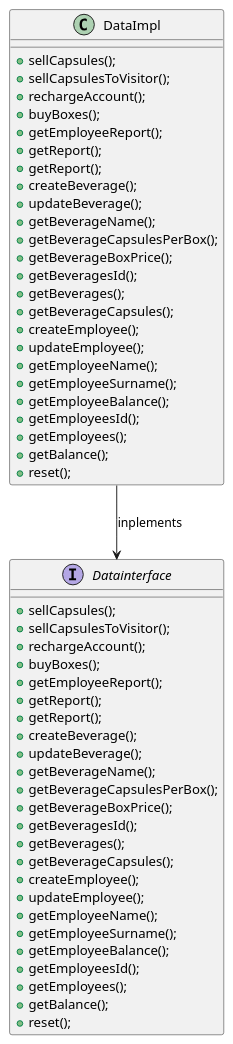
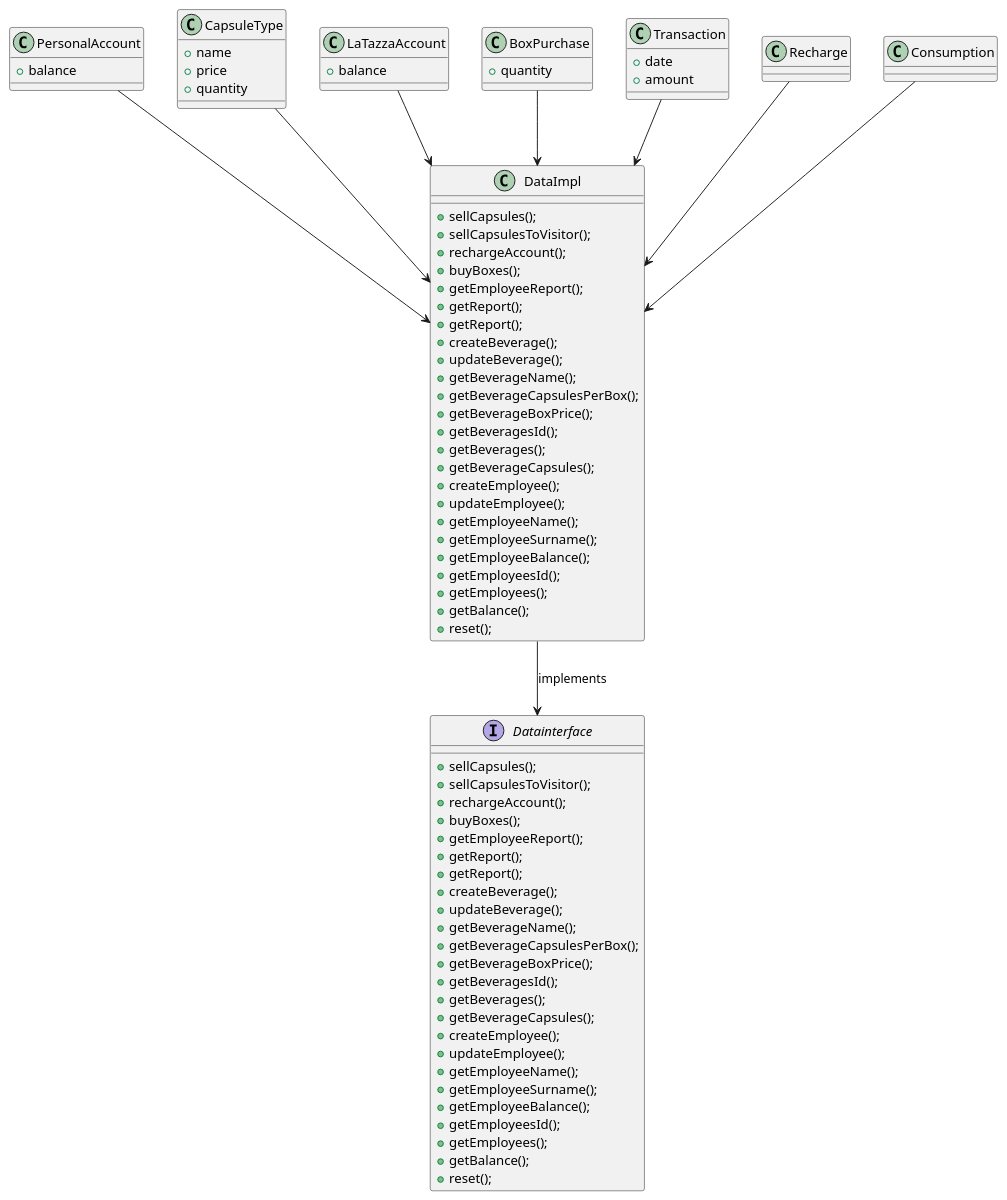
Before and after one commit to salvatore-dimartino/LaTazza: the third of 7 diagrams in templates/DesignDocumentTemplate.md, drawn with PlantUML.

```diff
--- a/templates/DesignDocumentTemplate.md
+++ b/templates/DesignDocumentTemplate.md
@@ -126,7 +126,48 @@
     +reset();
 }
 
-DataImpl --> Datainterface: inplements
+DataImpl --> Datainterface: implements
+
+class PersonalAccount {
++ balance
+}
+
+PersonalAccount --> DataImpl
+
+class CapsuleType {
++ name
++ price
++ quantity
+}
+
+CapsuleType --> DataImpl
+
+class LaTazzaAccount {
++ balance
+}
+
+LaTazzaAccount --> DataImpl
+
+class BoxPurchase {
++ quantity
+}
+
+BoxPurchase --> DataImpl
+
+class Transaction {
++ date
++ amount
+}
+
+Transaction --> DataImpl
+
+class Recharge
+
+Recharge --> DataImpl
+
+class Consumption
+
+Consumption --> DataImpl
 
 
 @enduml
```
